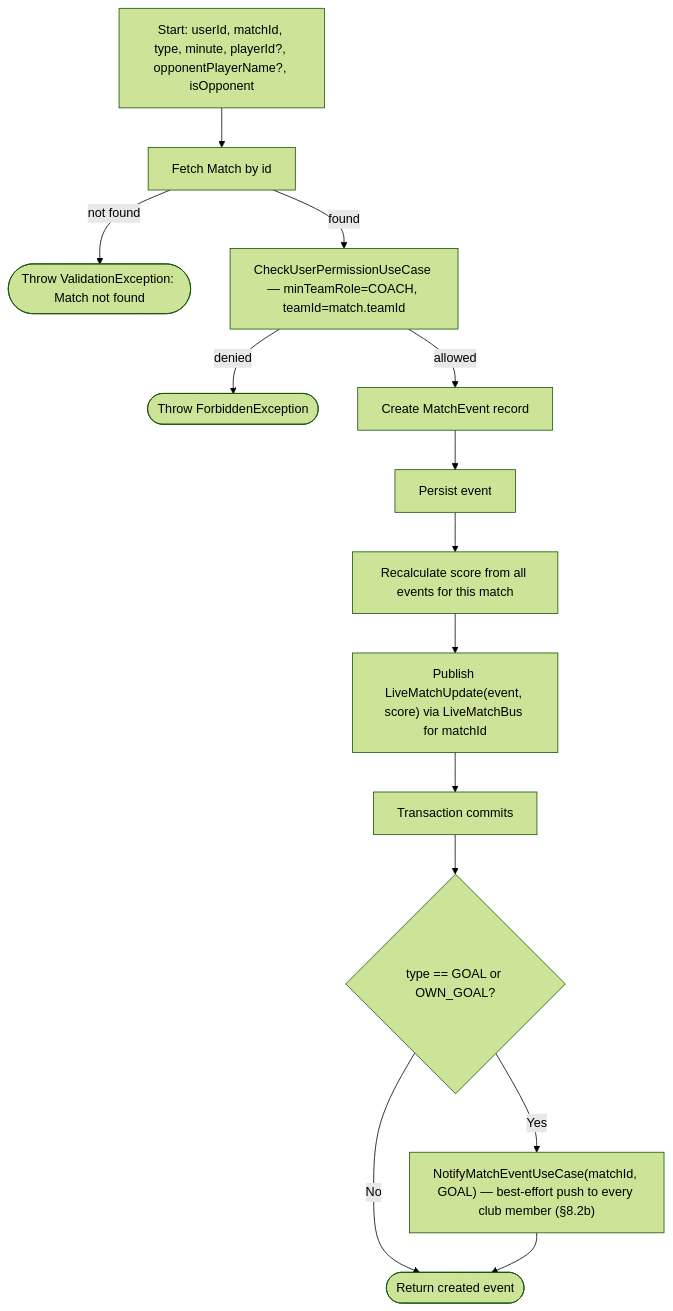
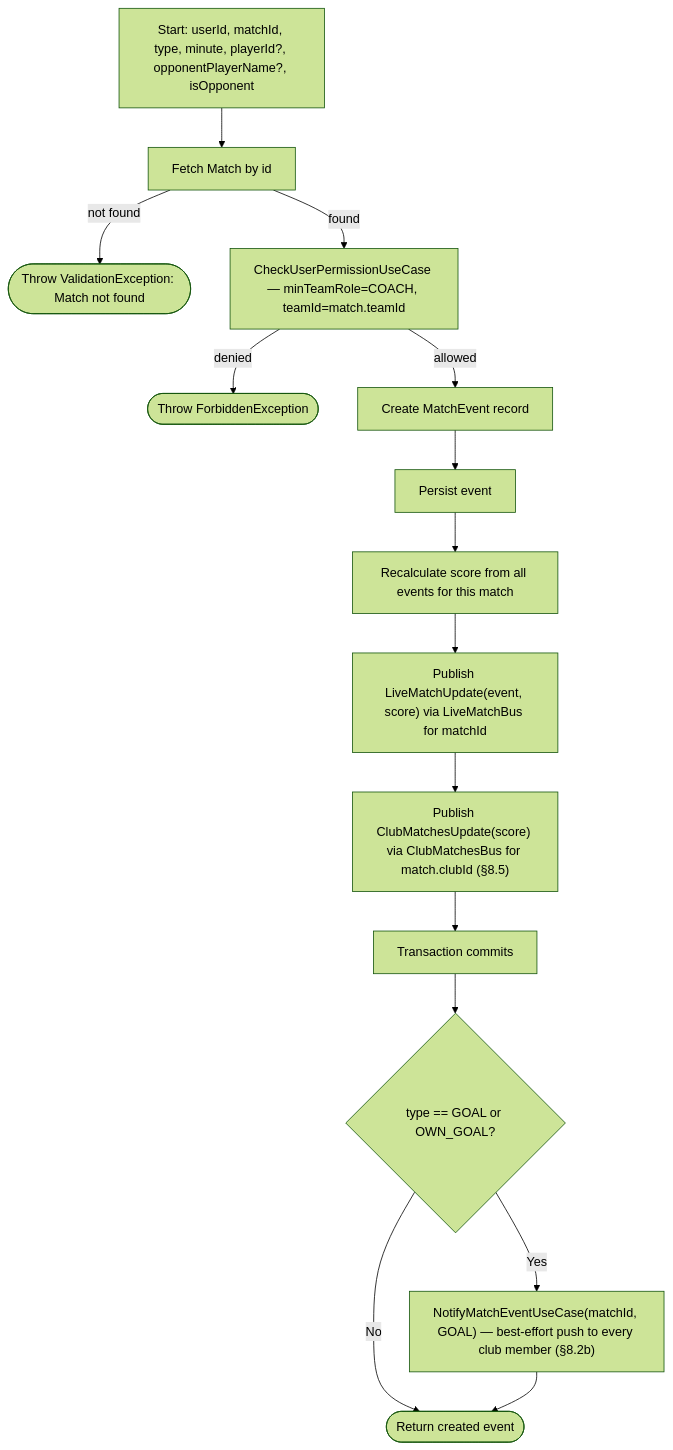
Before and after one commit to ricardofrango/squadify: diagram 39 of 52 in PROCESS_FLOWS.md, drawn with Mermaid (forest theme). The commit also changed other lines of this file and 47 other files, not shown here.

First line of the commit message:
Live-update the club Matches tab via a club-scoped WebSocket

````diff
--- a/PROCESS_FLOWS.md
+++ b/PROCESS_FLOWS.md
@@ -846,16 +846,17 @@
 ```mermaid
 graph TD
     A[Start: userId, matchId, type, minute, playerId?, opponentPlayerName?, isOpponent] --> B[Fetch Match by id]
     B -- not found --> V(["Throw ValidationException: Match not found"])
     B -- found --> C[CheckUserPermissionUseCase — minTeamRole=COACH, teamId=match.teamId]
     C -- denied --> F(["Throw ForbiddenException"])
     C -- allowed --> D[Create MatchEvent record]
     D --> E[Persist event]
     E --> G["Recalculate score from all events for this match"]
     G --> H["Publish LiveMatchUpdate(event, score) via LiveMatchBus for matchId"]
-    H --> I["Transaction commits"]
+    H --> H2["Publish ClubMatchesUpdate(score) via ClubMatchesBus for match.clubId (§8.5)"]
+    H2 --> I["Transaction commits"]
     I --> J{"type == GOAL or OWN_GOAL?"}
     J -- Yes --> K["NotifyMatchEventUseCase(matchId, GOAL) — best-effort push to every club member (§8.2b)"]
     J -- No --> Z
     K --> Z(["Return created event"])
 ```
````
